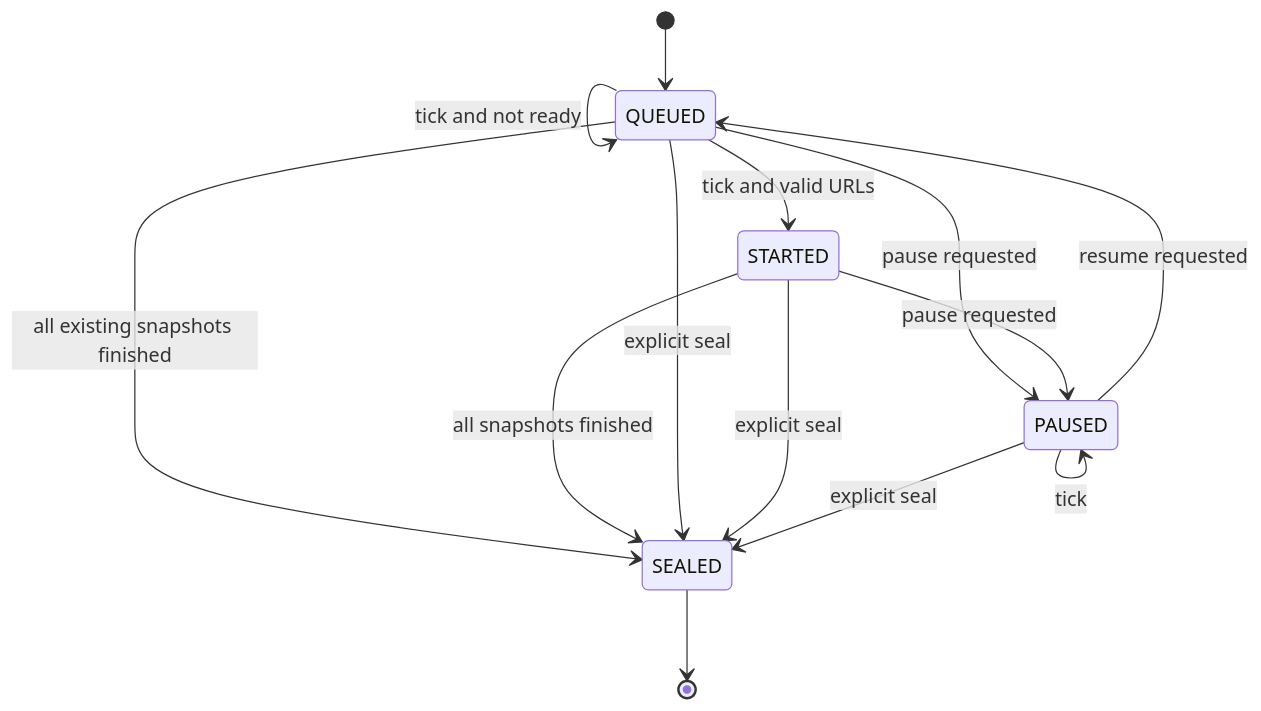
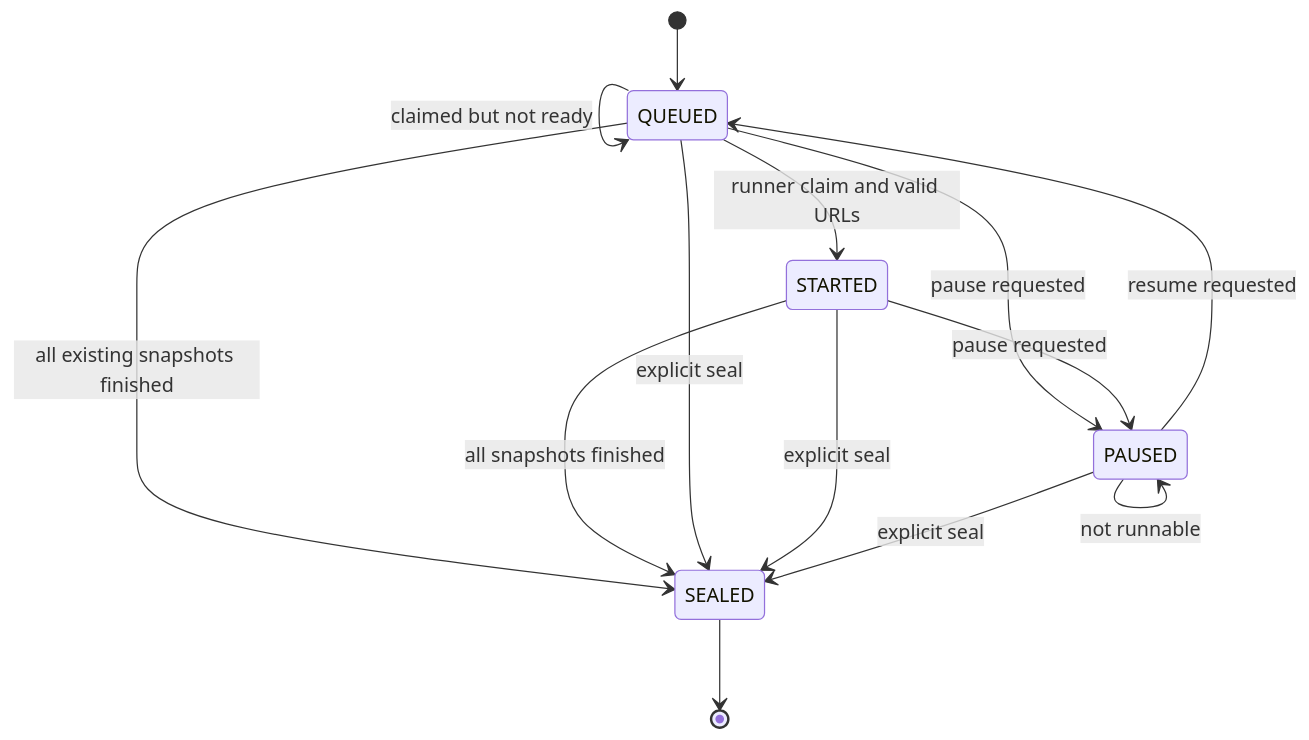
One commit to ArchiveBox/docs changed the third of 5 diagrams in ArchiveBox-Architecture-Diagrams.md. Above: the diagram before and after it, drawn with Mermaid. The commit also changed other lines of this file and 4 other files, not shown here.

````diff
--- a/ArchiveBox-Architecture-Diagrams.md
+++ b/ArchiveBox-Architecture-Diagrams.md
@@ -64,16 +68,16 @@
 ```mermaid
 stateDiagram-v2
     [*] --> QUEUED
-    QUEUED --> STARTED: tick and valid URLs
-    QUEUED --> QUEUED: tick and not ready
+    QUEUED --> STARTED: runner claim and valid URLs
+    QUEUED --> QUEUED: claimed but not ready
     QUEUED --> SEALED: all existing snapshots finished
     STARTED --> SEALED: all snapshots finished
     QUEUED --> PAUSED: pause requested
     STARTED --> PAUSED: pause requested
     PAUSED --> QUEUED: resume requested
-    PAUSED --> PAUSED: tick
+    PAUSED --> PAUSED: not runnable
     QUEUED --> SEALED: explicit seal
     STARTED --> SEALED: explicit seal
     PAUSED --> SEALED: explicit seal
     SEALED --> [*]
 ```
````
